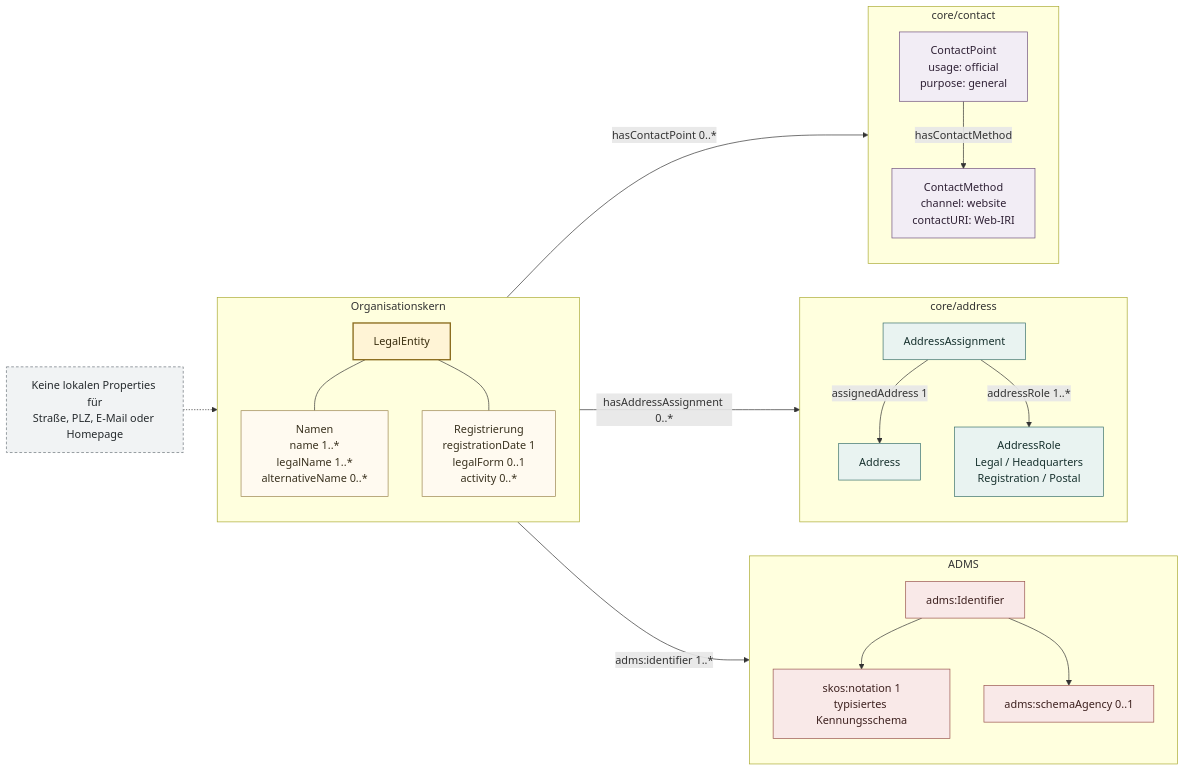
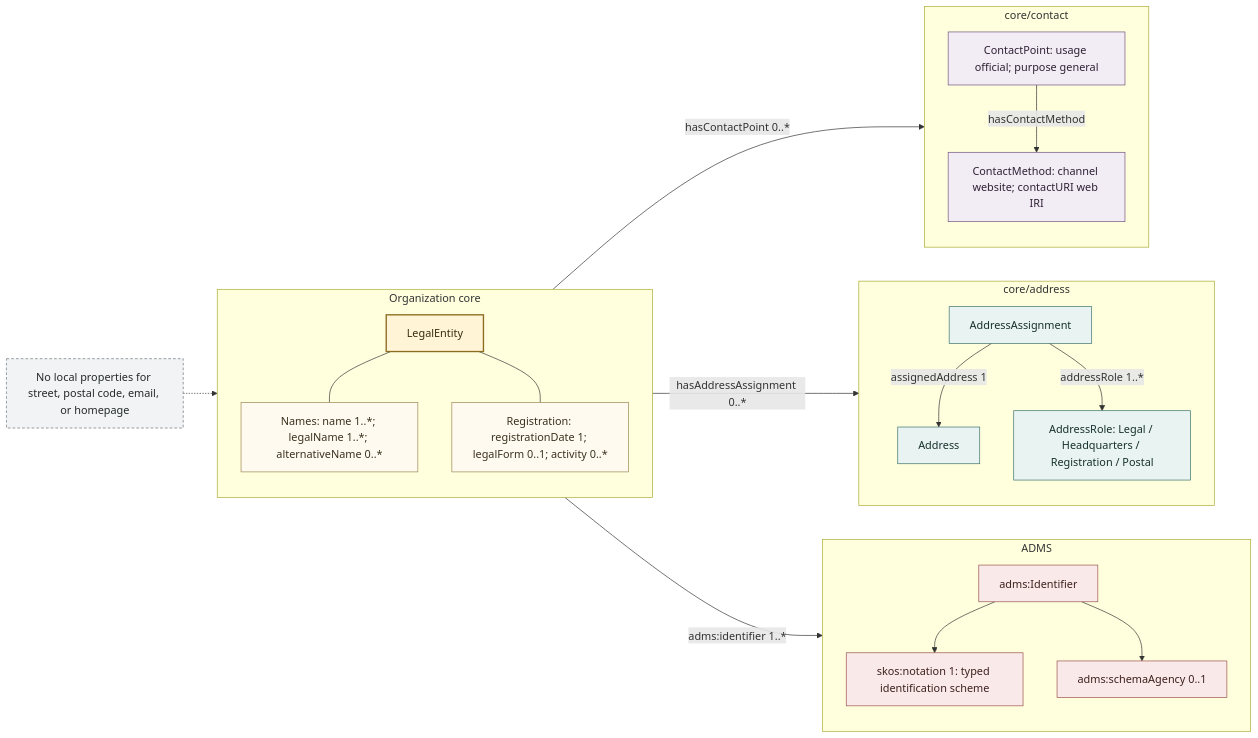
Before and after one commit to project-construct-x/constructx-ontologies: the second of 4 diagrams in modules/core/organization/docs/diagrams/organization-concept-model.md, drawn with Mermaid. The commit also changed other lines of this file and 230 other files, not shown here.

````diff
--- a/modules/core/organization/docs/diagrams/organization-concept-model.md
+++ b/modules/core/organization/docs/diagrams/organization-concept-model.md
@@ -70,58 +67,58 @@
 ```mermaid
 flowchart LR
-    subgraph CORE["Organisationskern"]
+    subgraph CORE["Organization core"]
         direction TB
         Legal["LegalEntity"]
-        Names["Namen<br/>name 1..*<br/>legalName 1..*<br/>alternativeName 0..*"]
-        Registration["Registrierung<br/>registrationDate 1<br/>legalForm 0..1<br/>activity 0..*"]
+        Names["Names: name 1..*; legalName 1..*; alternativeName 0..*"]
+        Registration["Registration: registrationDate 1; legalForm 0..1; activity 0..*"]
 
         Legal --- Names
         Legal --- Registration
     end
 
     subgraph IDENTIFIERS["ADMS"]
         direction TB
         Identifier["adms:Identifier"]
-        Notation["skos:notation 1<br/>typisiertes Kennungsschema"]
+        Notation["skos:notation 1: typed identification scheme"]
         Agency["adms:schemaAgency 0..1"]
         Identifier --> Notation
         Identifier --> Agency
     end
 
     subgraph ADDRESS["core/address"]
         direction TB
         AddressAssignment["AddressAssignment"]
         Address["Address"]
-        AddressRole["AddressRole<br/>Legal / Headquarters<br/>Registration / Postal"]
+        AddressRole["AddressRole: Legal / Headquarters / Registration / Postal"]
         AddressAssignment -->|"assignedAddress 1"| Address
         AddressAssignment -->|"addressRole 1..*"| AddressRole
     end
 
     subgraph CONTACT["core/contact"]
         direction TB
-        ContactPoint["ContactPoint<br/>usage: official<br/>purpose: general"]
-        Website["ContactMethod<br/>channel: website<br/>contactURI: Web-IRI"]
+        ContactPoint["ContactPoint: usage official; purpose general"]
+        Website["ContactMethod: channel website; contactURI web IRI"]
         ContactPoint -->|"hasContactMethod"| Website
     end
 
     Legal -->|"adms:identifier 1..*"| Identifier
     Legal -->|"hasAddressAssignment 0..*"| AddressAssignment
     Legal -->|"hasContactPoint 0..*"| ContactPoint
 
-    Note["Keine lokalen Properties für<br/>Straße, PLZ, E-Mail oder Homepage"]
+    Note["No local properties for street, postal code, email, or homepage"]
     Note -.-> Legal
 
     classDef core fill:#fff4d6,stroke:#8c6d1f,color:#392d0e,stroke-width:2px;
     classDef detail fill:#fffaf0,stroke:#9b8550,color:#3a321f;
     classDef identifier fill:#f9e9e8,stroke:#99534d,color:#3d211f;
     classDef address fill:#e9f3f1,stroke:#39706a,color:#17312e;
     classDef contact fill:#f2edf5,stroke:#70517d,color:#2f2135;
     classDef note fill:#f1f3f4,stroke:#6b747a,color:#252a2d,stroke-dasharray:4 3;
 
     class Legal core;
     class Names,Registration detail;
     class Identifier,Notation,Agency identifier;
     class AddressAssignment,Address,AddressRole address;
     class ContactPoint,Website contact;
     class Note note;
 ```
````
